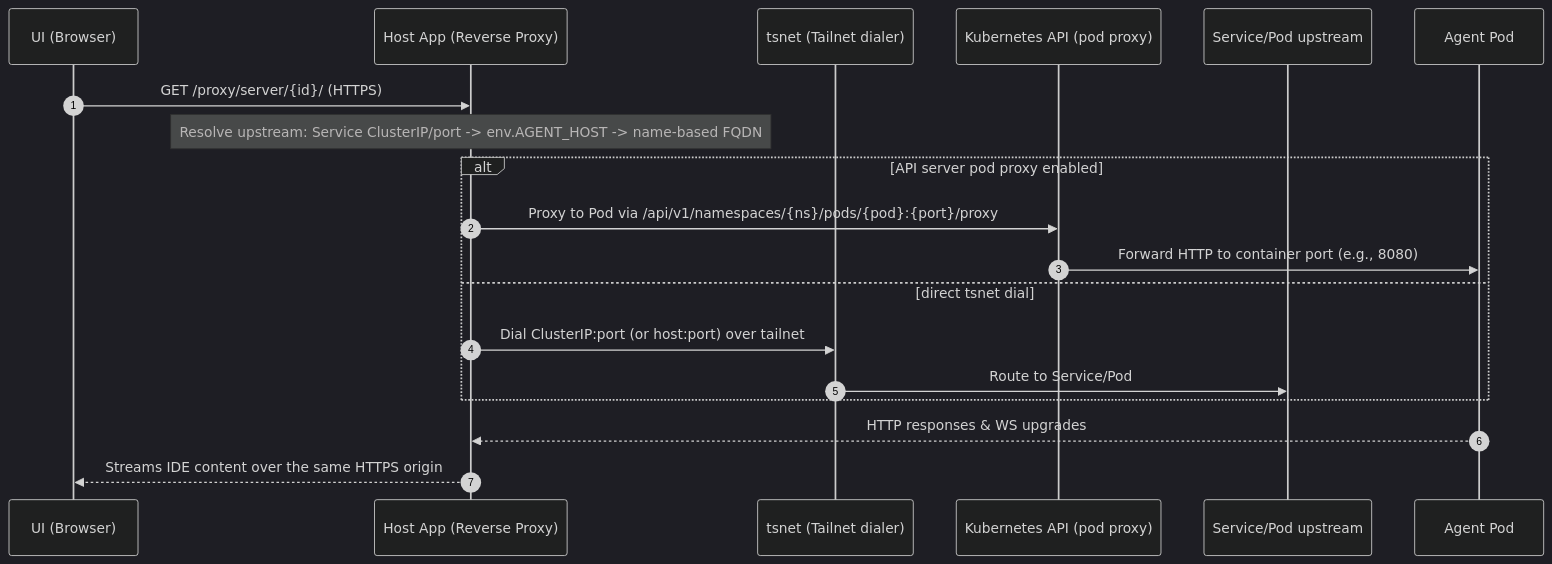
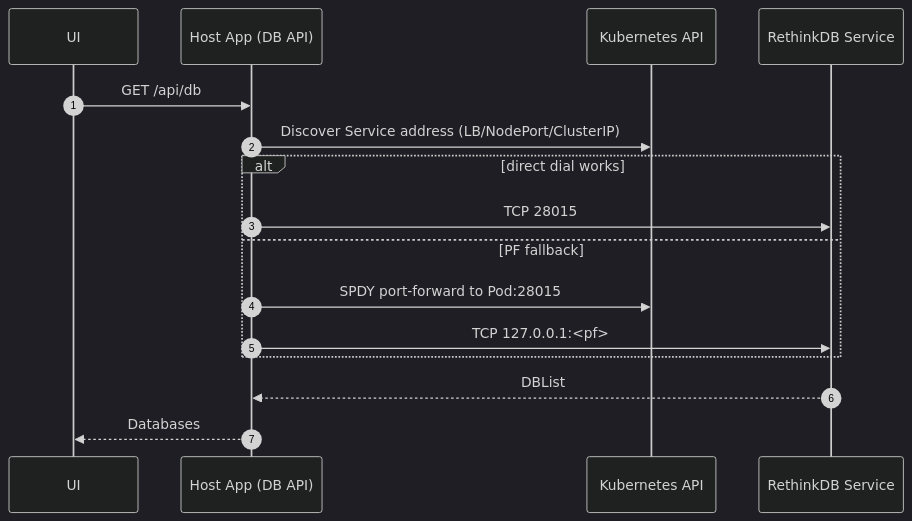
One commit to docxology/GuildNet changed the fourth of 4 diagrams in architecture.md. Above: the diagram before and after it, drawn with Mermaid (dark theme). The commit also changed other lines of this file, not shown here.

Commit message:
feat(architecture): update GuildNet architecture documentation for clarity and detail; enhance component overview and connectivity sections

````diff
--- a/architecture.md
+++ b/architecture.md
@@ -222,22 +145,19 @@
 ```mermaid
 sequenceDiagram
   autonumber
-  participant U as UI (Browser)
-  participant B as Host App (Reverse Proxy)
-  participant T as tsnet (Tailnet dialer)
-  participant K as Kubernetes API (pod proxy)
-  participant S as Service/Pod upstream
-  participant P as Agent Pod
+  participant U as UI
+  participant B as Host App (DB API)
+  participant K as Kubernetes API
+  participant R as RethinkDB Service
 
-  U->>B: GET /proxy/server/{id}/ (HTTPS)
-  Note over B: Resolve upstream: Service ClusterIP/port -> env.AGENT_HOST -> name-based FQDN
-  alt API server pod proxy enabled
-    B->>K: Proxy to Pod via /api/v1/namespaces/{ns}/pods/{pod}:{port}/proxy
-    K->>P: Forward HTTP to container port (e.g., 8080)
-  else direct tsnet dial
-    B->>T: Dial ClusterIP:port (or host:port) over tailnet
-    T->>S: Route to Service/Pod
+  U->>B: GET /api/db
+  B->>K: Discover Service address (LB/NodePort/ClusterIP)
+  alt direct dial works
+    B->>R: TCP 28015
+  else PF fallback
+    B->>K: SPDY port-forward to Pod:28015
+    B->>R: TCP 127.0.0.1:<pf>
   end
-  P-->>B: HTTP responses & WS upgrades
-  B-->>U: Streams IDE content over the same HTTPS origin
+  R-->>B: DBList
+  B-->>U: Databases
 ```
````
